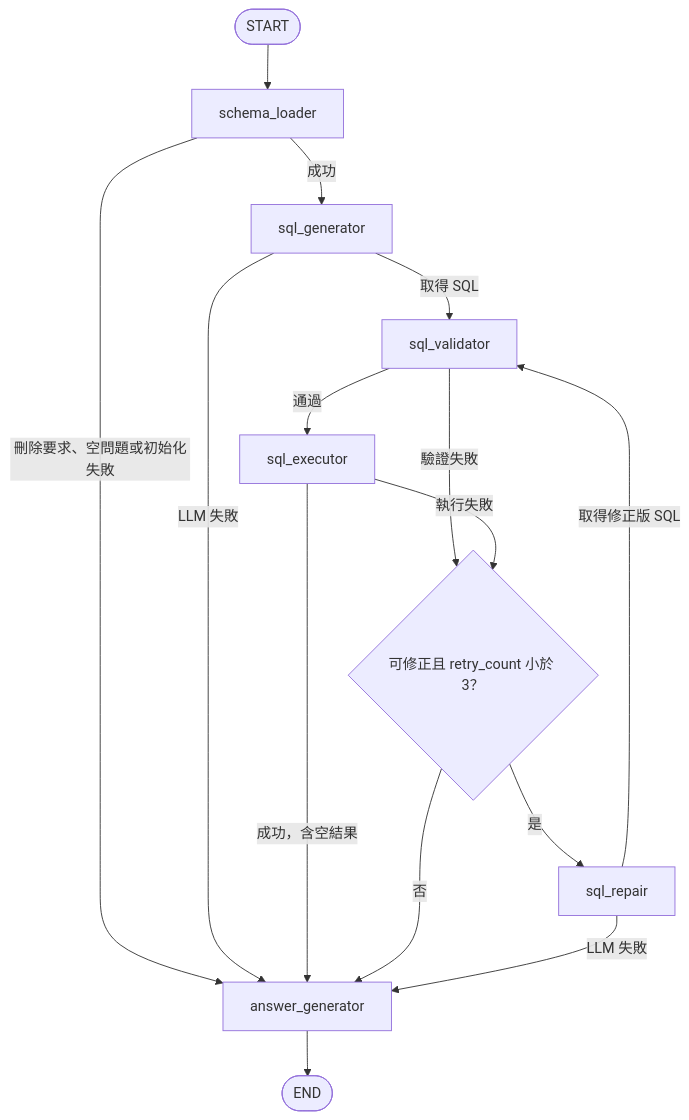
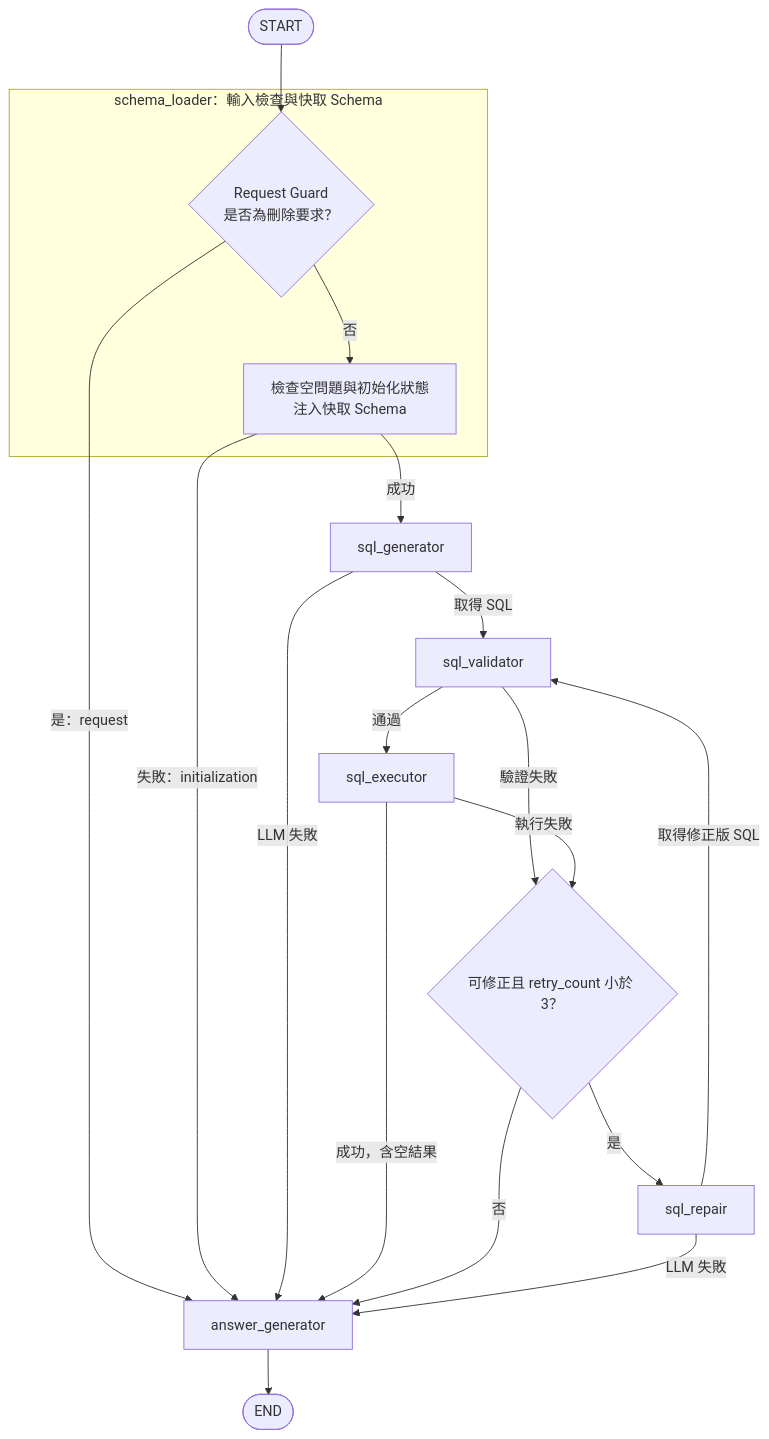
Before and after one commit to jonwang5150/Text_To_SQL_Agent: the diagram in text2sql/README.md, drawn with Mermaid. The commit also changed other lines of this file, not shown here.

````diff
--- a/text2sql/README.md
+++ b/text2sql/README.md
@@ -280,17 +283,23 @@
 ```mermaid
 flowchart TD
-    start([START]) --> schema_loader
-    schema_loader -->|成功| sql_generator
-    schema_loader -->|刪除要求、空問題或初始化失敗| answer_generator
+    start([START]) --> guard
+    subgraph schema_loader["schema_loader：輸入檢查與快取 Schema"]
+        guard{"Request Guard<br/>是否為刪除要求？"}
+        schema_check["檢查空問題與初始化狀態<br/>注入快取 Schema"]
+        guard -->|否| schema_check
+    end
+    guard -->|是：request| answer_generator
+    schema_check -->|成功| sql_generator
+    schema_check -->|失敗：initialization| answer_generator
     sql_generator -->|取得 SQL| sql_validator
     sql_generator -->|LLM 失敗| answer_generator
     sql_validator -->|通過| sql_executor
     sql_validator -->|驗證失敗| repair_check{"可修正且 retry_count 小於 3？"}
     sql_executor -->|成功，含空結果| answer_generator
     sql_executor -->|執行失敗| repair_check
     repair_check -->|是| sql_repair
     repair_check -->|否| answer_generator
     sql_repair -->|取得修正版 SQL| sql_validator
     sql_repair -->|LLM 失敗| answer_generator
     answer_generator --> finish([END])
 ```
````
